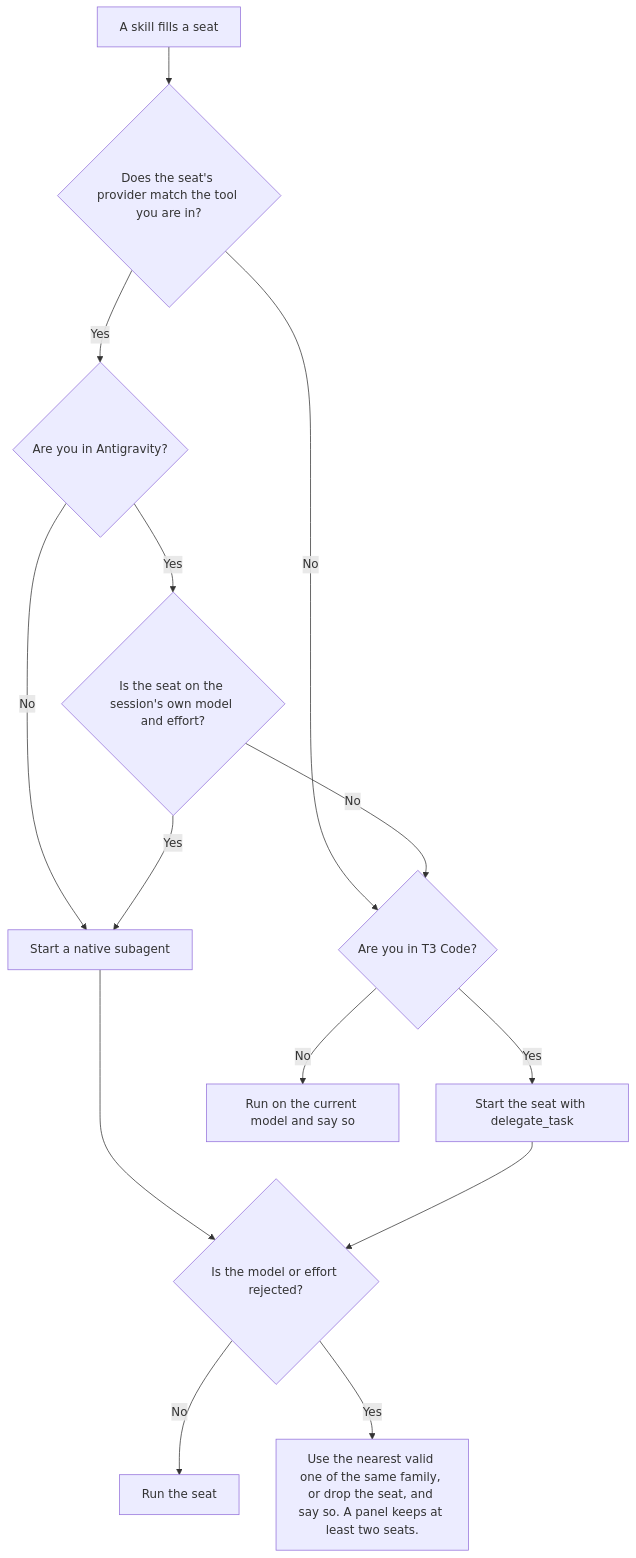
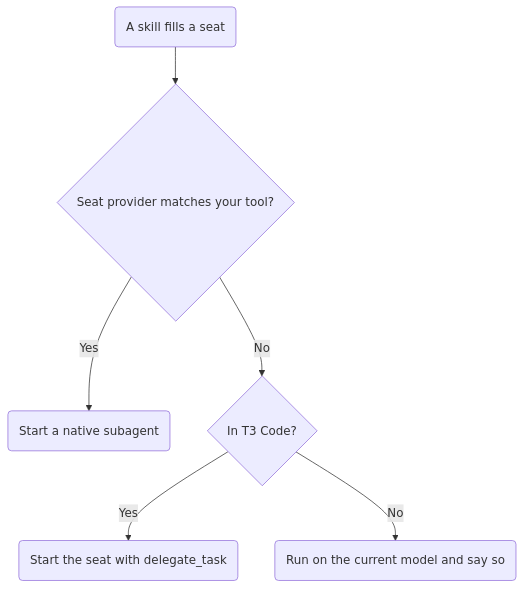
Before and after one commit to JoshuaHayesWasHere/jstack: the diagram in wiki/Models-and-seats.md, drawn with Mermaid. The commit also changed other lines of this file and 7 other files, not shown here.

Commit message:
Wiki diagrams explain only the skills, never cross a line, and fit GitHub's viewer in light and dark mode

````diff
--- a/wiki/Models-and-seats.md
+++ b/wiki/Models-and-seats.md
@@ -20,16 +20,9 @@
 ```mermaid
+%%{init: {"flowchart": {"wrappingWidth": 400}}}%%
 flowchart TD
-    seat["A skill fills a seat"] --> match{"Does the seat's provider match the tool you are in?"}
-    match -->|No| t3{"Are you in T3 Code?"}
-    match -->|Yes| ag{"Are you in Antigravity?"}
-    ag -->|No| native["Start a native subagent"]
-    ag -->|Yes| own{"Is the seat on the session's own model and effort?"}
-    own -->|Yes| native
-    own -->|No| t3
-    t3 -->|Yes| delegate["Start the seat with delegate_task"]
-    t3 -->|No| current["Run on the current model and say so"]
-    native --> rejected{"Is the model or effort rejected?"}
-    delegate --> rejected
-    rejected -->|No| run["Run the seat"]
-    rejected -->|Yes| fallback["Use the nearest valid one of the same family, or drop the seat, and say so. A panel keeps at least two seats."]
+    seat("A skill fills a seat") --> match{"Seat provider matches your tool?"}
+    match -->|Yes| native("Start a native subagent")
+    match -->|No| t3{"In T3 Code?"}
+    t3 -->|Yes| delegate("Start the seat with delegate_task")
+    t3 -->|No| current("Run on the current model and say so")
 ```
````
